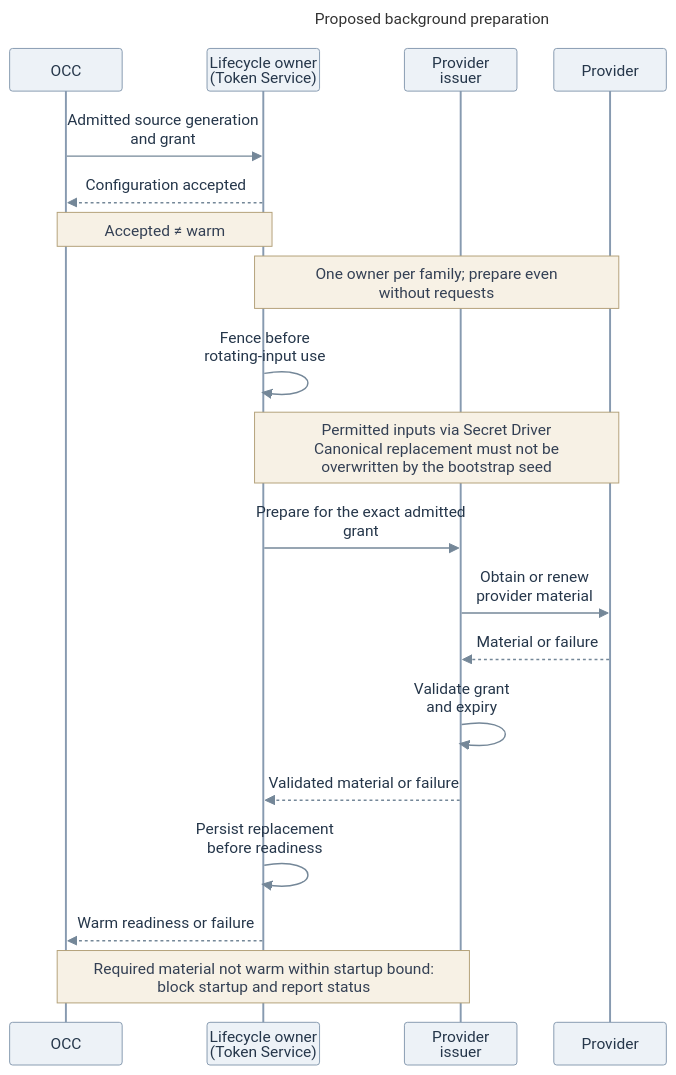
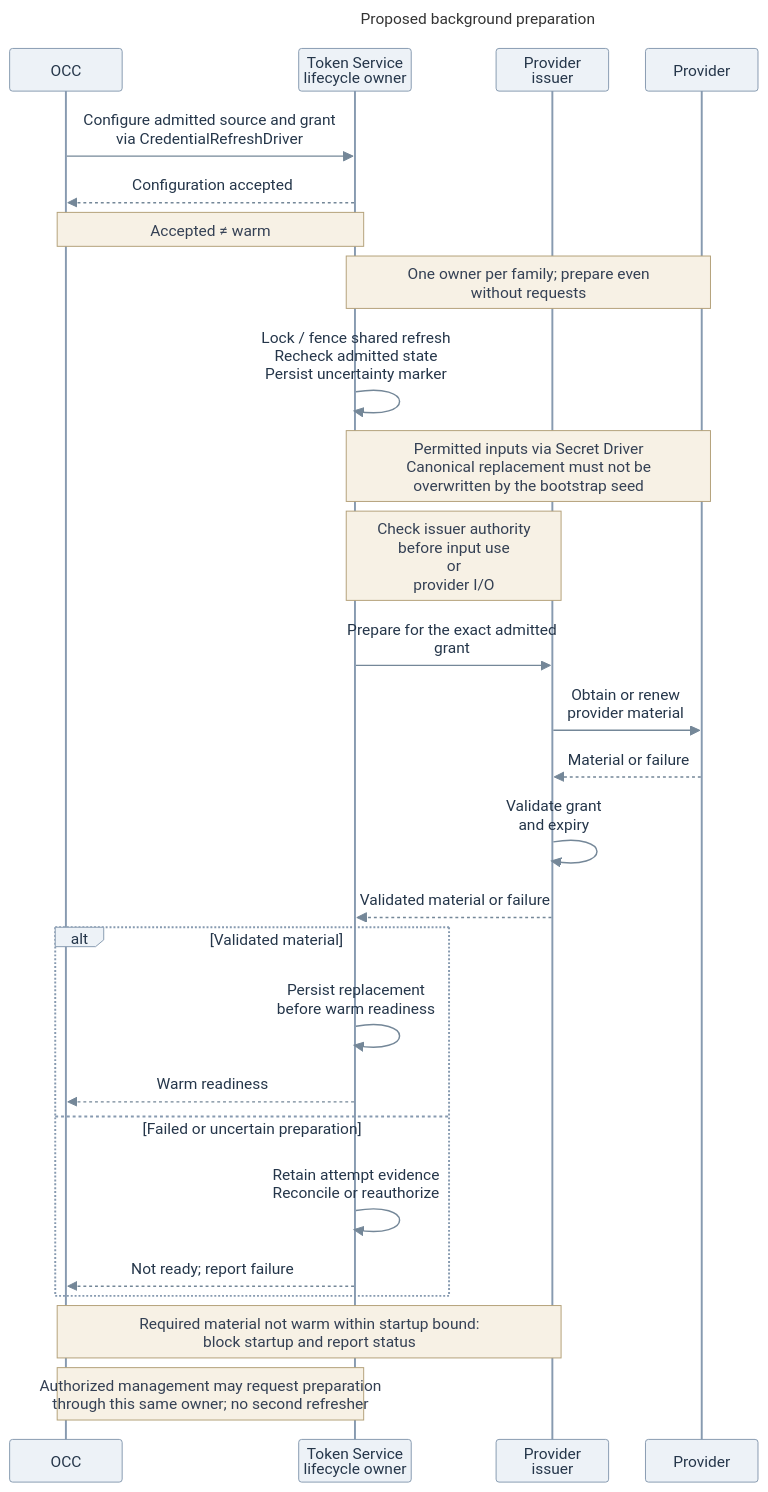
The diagram in specs/rfcs/0019-egress-proxy-credential-lifecycle/assets/configuration-warmup.mmd (freeqaz-openai/openclaw-enterprise), drawn with Mermaid before and after one commit. The commit also changed 20 other files, not shown here.

Commit message:
docs(rfc): align egress roles and management preparation

```diff
--- a/specs/rfcs/0019-egress-proxy-credential-lifecycle/assets/configuration-warmup.mmd
+++ b/specs/rfcs/0019-egress-proxy-credential-lifecycle/assets/configuration-warmup.mmd
@@ -1,46 +1,53 @@
 ---
 title: "Proposed background preparation"
 config:
   theme: base
   themeVariables:
     fontFamily: "Arial, sans-serif"
     fontSize: "16px"
     actorBkg: "#EDF2F7"
     actorBorder: "#879AB0"
     actorTextColor: "#25364A"
     noteBkgColor: "#F7F1E5"
     noteBorderColor: "#B3A078"
     noteTextColor: "#344054"
     signalColor: "#748798"
     signalTextColor: "#25364A"
   sequence:
     useMaxWidth: false
     actorMargin: 18
     width: 116
     height: 44
     diagramMarginX: 12
     diagramMarginY: 12
     messageMargin: 16
     noteMargin: 8
     mirrorActors: true
     wrap: true
 ---
 sequenceDiagram
   participant C as OCC
-  participant L as Lifecycle owner<br/>(Token Service)
+  participant L as Token Service<br/>lifecycle owner
   participant I as Provider issuer
   participant P as Provider
-  C->>L: Admitted source generation and grant
+  C->>L: Configure admitted source and grant<br/>via CredentialRefreshDriver
   L-->>C: Configuration accepted
   Note over C,L: Accepted ≠ warm
   Note over L,P: One owner per family#59; prepare even without requests
-  L->>L: Fence before<br/>rotating-input use
+  L->>L: Lock / fence shared refresh<br/>Recheck admitted state<br/>Persist uncertainty marker
   Note over L,P: Permitted inputs via Secret Driver<br/>Canonical replacement must not be<br/>overwritten by the bootstrap seed
+  Note over L,I: Check issuer authority<br/>before input use<br/>or provider I/O
   L->>I: Prepare for the exact admitted grant
   I->>P: Obtain or renew provider material
   P-->>I: Material or failure
   I->>I: Validate grant<br/>and expiry
   I-->>L: Validated material or failure
-  L->>L: Persist replacement<br/>before readiness
-  L-->>C: Warm readiness or failure
+  alt Validated material
+    L->>L: Persist replacement<br/>before warm readiness
+    L-->>C: Warm readiness
+  else Failed or uncertain preparation
+    L->>L: Retain attempt evidence<br/>Reconcile or reauthorize
+    L-->>C: Not ready#59; report failure
+  end
   Note over C,I: Required material not warm within startup bound:<br/>block startup and report status
+  Note over C,L: Authorized management may request preparation<br/>through this same owner#59; no second refresher
```
